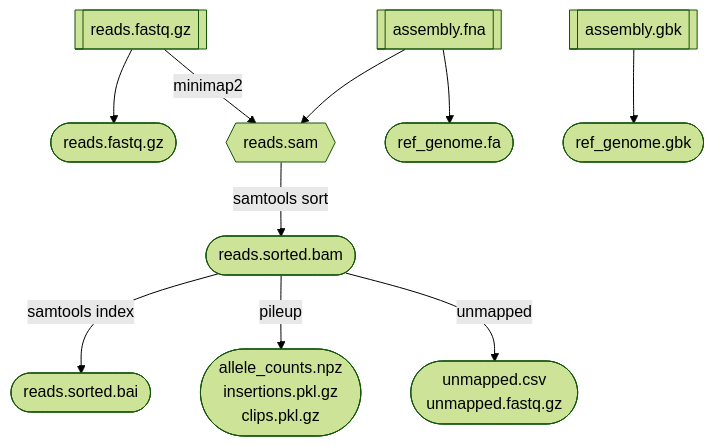
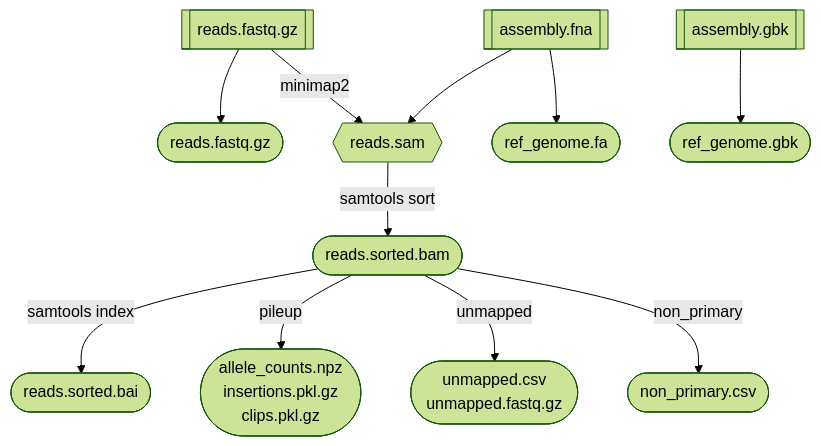
One commit to mmolari/morbidostat-genome-analysis changed the second of 2 diagrams in notes/pipeline_description.md. Above: the diagram before and after it, drawn with Mermaid (forest theme). The commit also changed other lines of this file and 1 other file, not shown here.

````diff
--- a/notes/pipeline_description.md
+++ b/notes/pipeline_description.md
@@ -29,33 +29,35 @@
 ```mermaid
 flowchart TB
     Agbk[["assembly.gbk"]]
     Afa[["assembly.fna"]]
     R[["reads.fastq.gz"]]
     
     R --> Rout
 
     Sam{{"reads.sam"}}
     Bam(["reads.sorted.bam"])
     Bai(["reads.sorted.bai"])
 
     Ggbk(["ref_genome.gbk"])
     Gfa(["ref_genome.fa"])
     Rout(["reads.fastq.gz"])
 
     PP(["allele_counts.npz
         insertions.pkl.gz
         clips.pkl.gz"])
     Pum(["unmapped.csv
         unmapped.fastq.gz"])
+    Pss(["non_primary.csv"])
 
     Afa --> Sam
     R --> |"minimap2"| Sam
 
     Afa --> Gfa
     Agbk --> Ggbk
 
     Sam --> |"samtools sort"| Bam
     Bam --> |"samtools index"| Bai
     Bam --> |"pileup"| PP
     Bam --> |"unmapped"| Pum
+    Bam --> |"non_primary"| Pss
 ```
````
